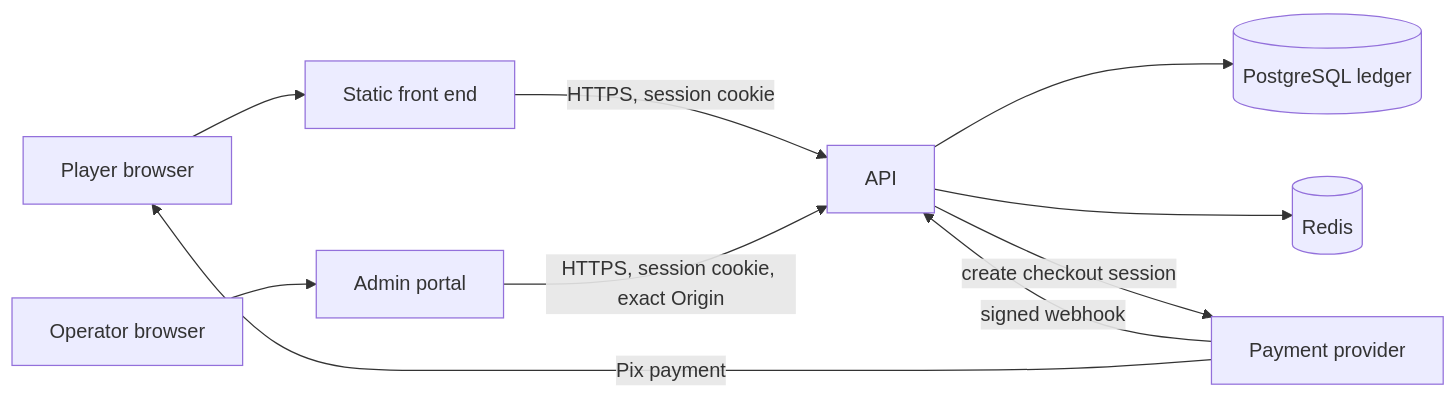
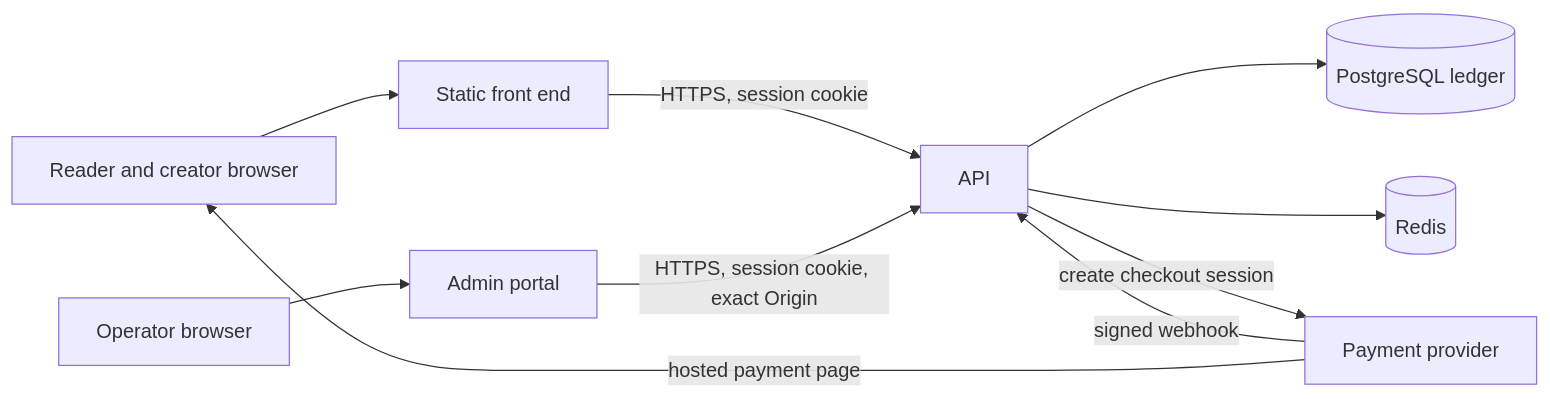
One commit to yahbeaumont/vai-de-qual changed the diagram in README.md. Above: the diagram before and after it, drawn with Mermaid. The commit also changed other lines of this file and 19 other files, not shown here.

````diff
--- a/README.md
+++ b/README.md
@@ -43,12 +45,12 @@
 ```mermaid
 flowchart LR
-  P[Player browser] --> FE[Static front end]
+  R[Reader and creator browser] --> FE[Static front end]
   A[Operator browser] --> AD[Admin portal]
   FE -->|HTTPS, session cookie| API[API]
   AD -->|HTTPS, session cookie, exact Origin| API
   API --> PG[(PostgreSQL ledger)]
   API --> RD[(Redis)]
   API -->|create checkout session| PSP[Payment provider]
   PSP -->|signed webhook| API
-  PSP -->|Pix payment| P
+  PSP -->|hosted payment page| R
 ```
````
